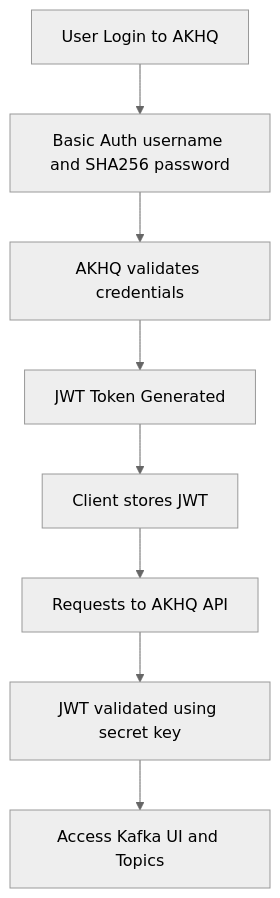
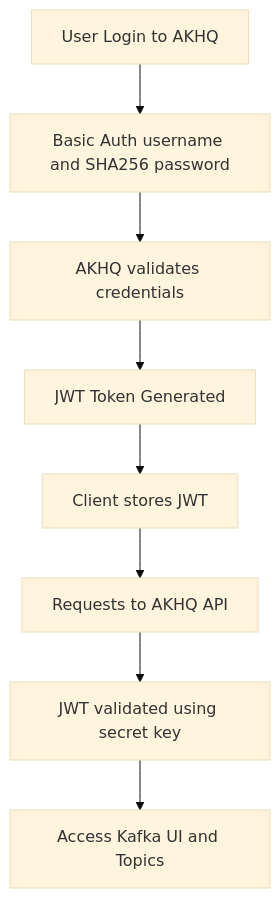
One commit to vikasswe/kafka-processing-lab changed the diagram in jwt-security.md. Above: the diagram before and after it, drawn with Mermaid.

````diff
--- a/jwt-security.md
+++ b/jwt-security.md
@@ -109,11 +109,11 @@
 ```mermaid
-%%{init: {'theme': 'neutral'}}%%
+%%{init: {'theme': 'base'}}%%
 flowchart TD
     A[User Login to AKHQ] --> B[Basic Auth username and SHA256 password]
     B --> C[AKHQ validates credentials]
     C --> D[JWT Token Generated]
     D --> E[Client stores JWT]
     E --> F[Requests to AKHQ API]
     F --> G[JWT validated using secret key]
     G --> H[Access Kafka UI and Topics]
 ```
````
